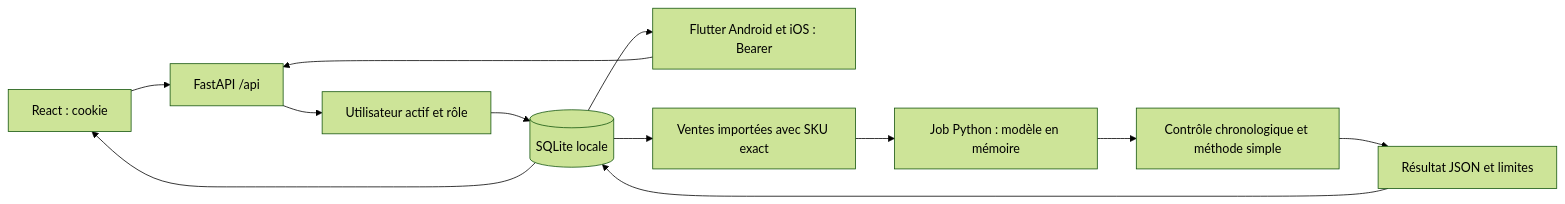
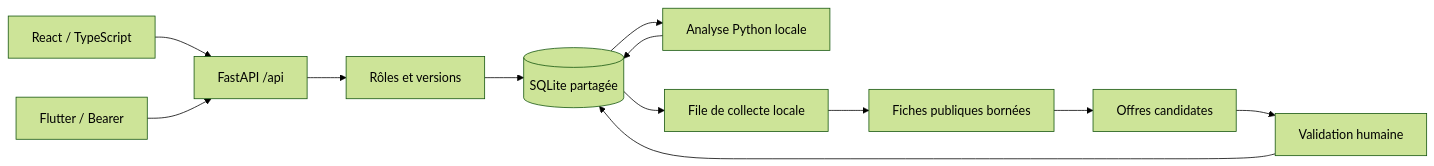
The diagram in docs/PROJECT_MAP.md (yassineghrab237-dotcom/smart-stock-management-and-pricing), drawn with Mermaid (forest theme) before and after one commit. The commit also changed other lines of this file and 192 other files, not shown here.

````diff
--- a/docs/PROJECT_MAP.md
+++ b/docs/PROJECT_MAP.md
@@ -7,14 +5,14 @@
 ```mermaid
 flowchart LR
-    WEB[React : cookie] --> API[FastAPI /api]
-    MOBILE[Flutter Android et iOS : Bearer] --> API
-    API --> ACCESS[Utilisateur actif et rôle]
-    ACCESS --> DB[(SQLite locale)]
-    DB --> SALES[Ventes importées avec SKU exact]
-    SALES --> JOB[Job Python : modèle en mémoire]
-    JOB --> CHECK[Contrôle chronologique et méthode simple]
-    CHECK --> RESULT[Résultat JSON et limites]
-    RESULT --> DB
-    DB --> WEB
-    DB --> MOBILE
+  WEB[React / TypeScript] --> API[FastAPI /api]
+  MOBILE[Flutter / Bearer] --> API
+  API --> AUTH[Rôles et versions]
+  AUTH --> DB[(SQLite partagée)]
+  DB --> ML[Analyse Python locale]
+  ML --> DB
+  DB --> WORKER[File de collecte locale]
+  WORKER --> PUBLIC[Fiches publiques bornées]
+  PUBLIC --> CANDIDATE[Offres candidates]
+  CANDIDATE --> REVIEW[Validation humaine]
+  REVIEW --> DB
 ```
````
